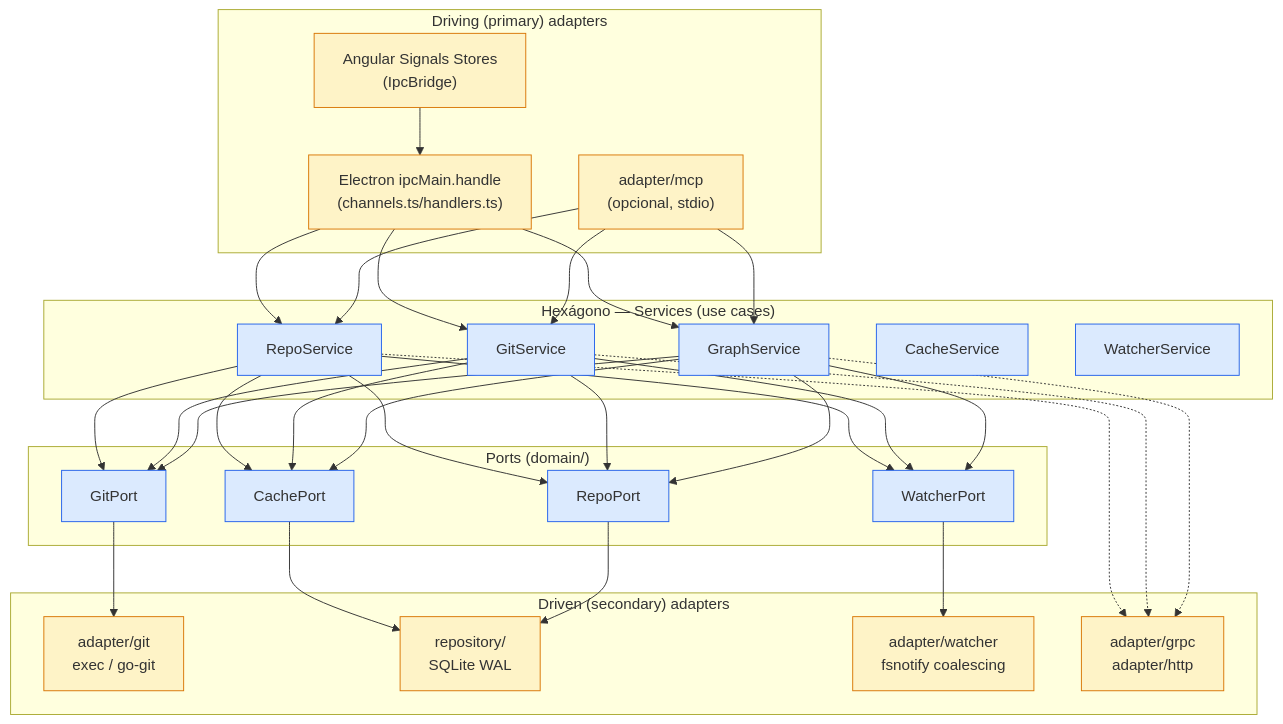
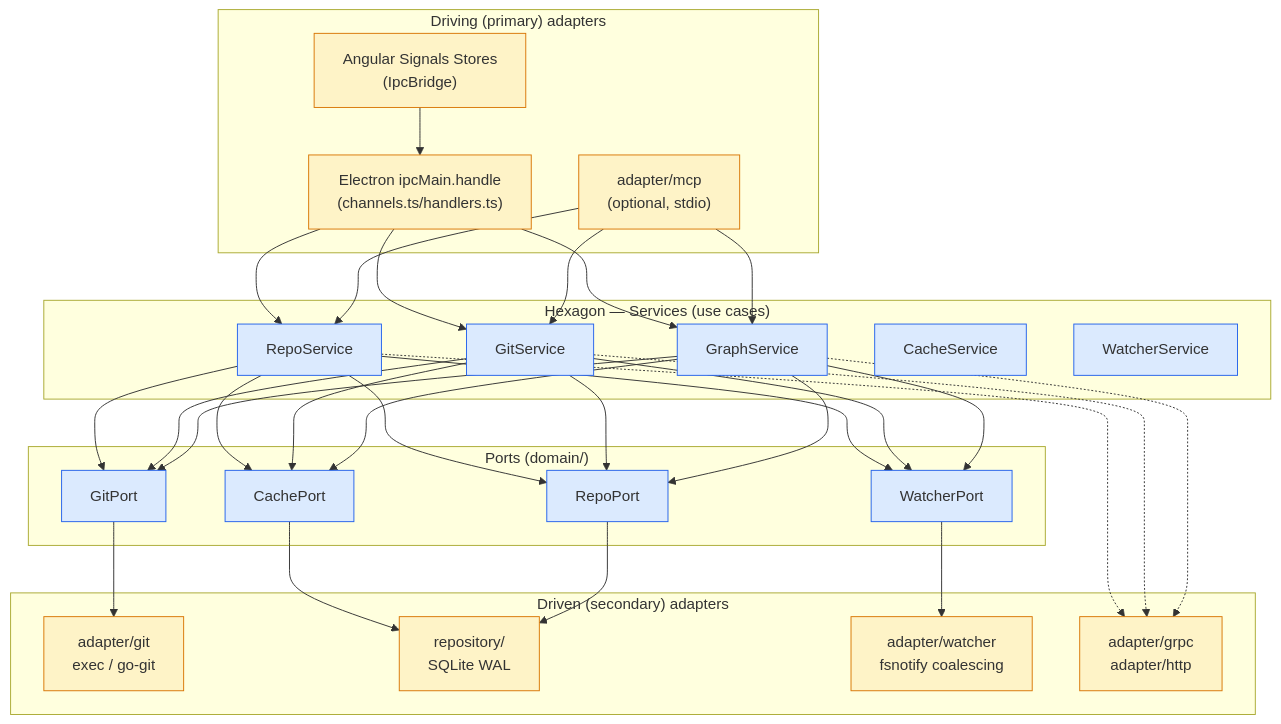
The second of 5 diagrams in docs/context/git-client/module-diagram.md (DaveR-ui/singulari-tree), drawn with Mermaid before and after one commit. The commit also changed other lines of this file and 25 other files, not shown here.

````diff
--- a/docs/context/git-client/module-diagram.md
+++ b/docs/context/git-client/module-diagram.md
@@ -32,43 +32,43 @@
 ```mermaid
 flowchart TB
   subgraph Driving["Driving (primary) adapters"]
     A["Angular Signals Stores\n(IpcBridge)"]
     E["Electron ipcMain.handle\n(channels.ts/handlers.ts)"]
-    M["adapter/mcp\n(opcional, stdio)"]
+    M["adapter/mcp\n(optional, stdio)"]
   end
 
-  subgraph Hex["Hexágono — Services (use cases)"]
+  subgraph Hex["Hexagon — Services (use cases)"]
     S1["RepoService"]
     S2["GitService"]
     S3["GraphService"]
     S4["CacheService"]
     S5["WatcherService"]
   end
 
   subgraph Ports["Ports (domain/)"]
     P1["GitPort"]
     P2["CachePort"]
     P3["RepoPort"]
     P4["WatcherPort"]
   end
 
   subgraph Driven["Driven (secondary) adapters"]
     D1["adapter/git\nexec / go-git"]
     D2["repository/\nSQLite WAL"]
     D3["adapter/watcher\nfsnotify coalescing"]
     D4["adapter/grpc\nadapter/http"]
   end
 
   A --> E --> S1 & S2 & S3
   M --> S1 & S2 & S3
   S1 & S2 & S3 --> P1 & P2 & P3 & P4
   P1 --> D1
   P2 & P3 --> D2
   P4 --> D3
   S1 & S2 & S3 -.-> D4
 
   classDef domain fill:#dbeafe,stroke:#2563eb
   classDef adapter fill:#fef3c7,stroke:#d97706
   class S1,S2,S3,S4,S5,P1,P2,P3,P4 domain
   class A,E,D1,D2,D3,D4,M adapter
 ```
````
